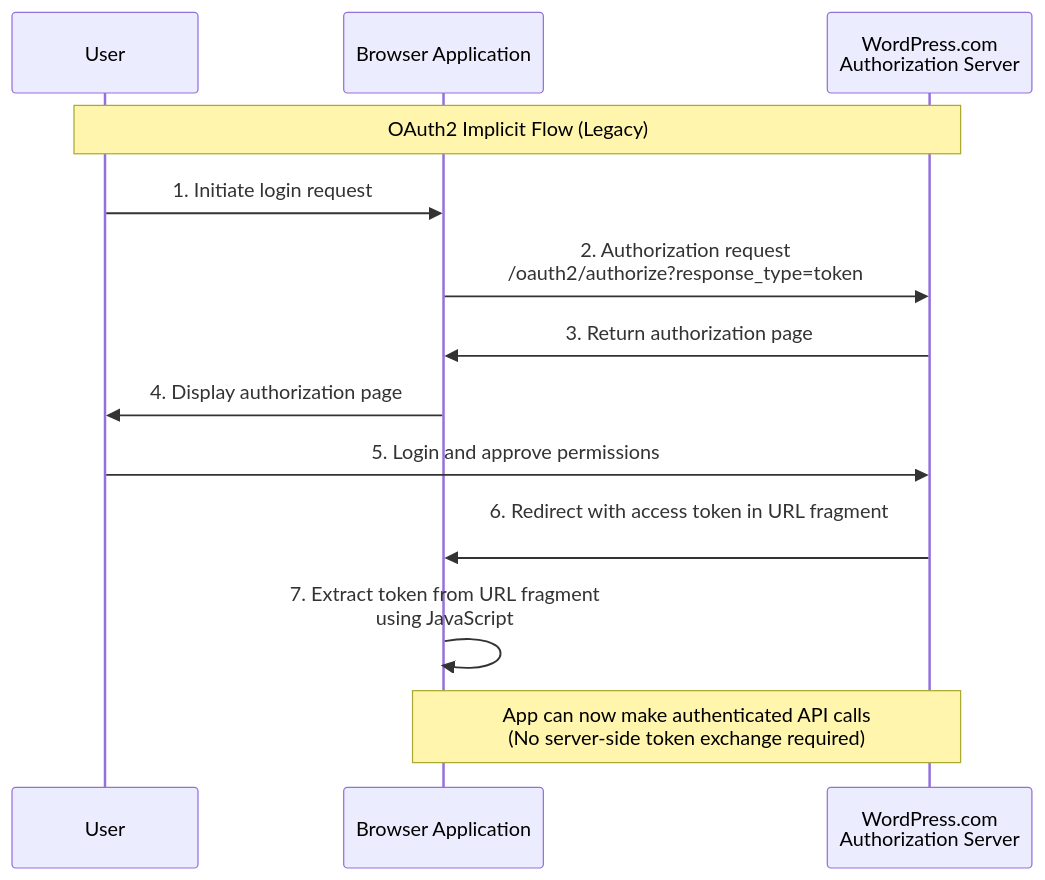
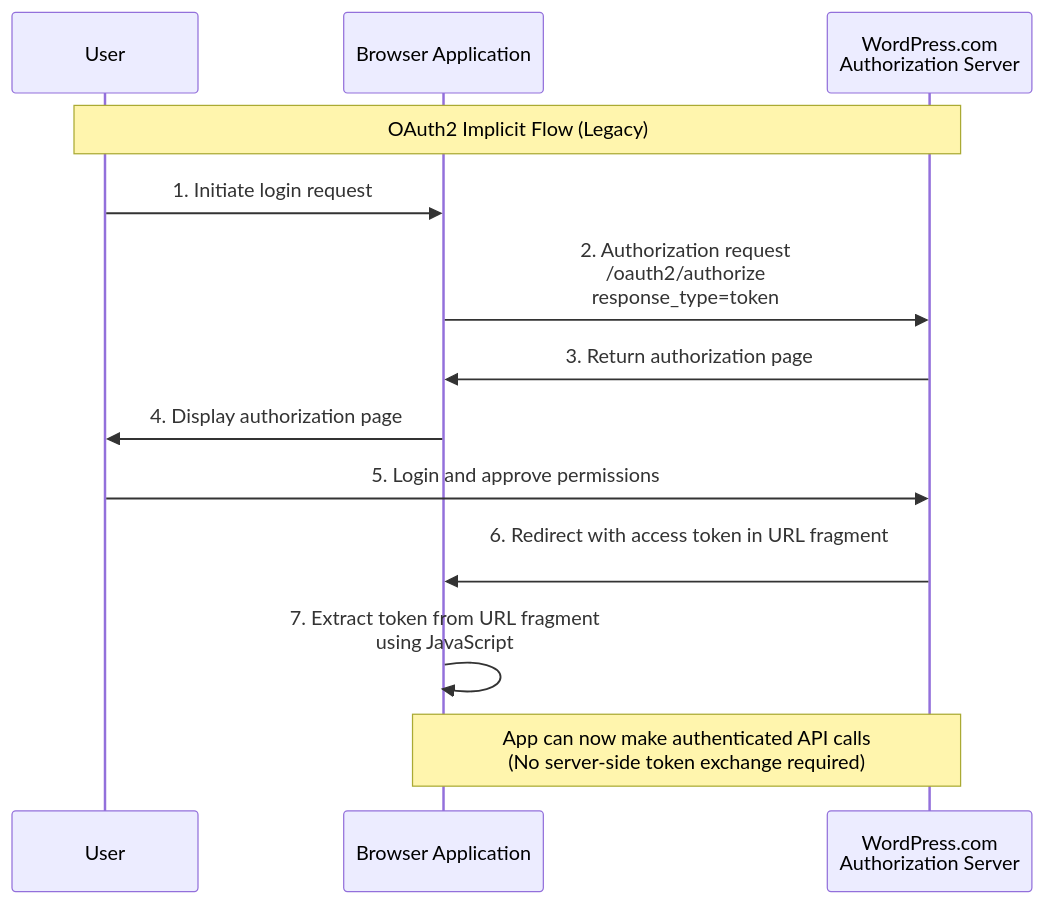
One commit to juanma-wp/wpcom-rest-api-docs changed the second of 3 diagrams in 5-oauth2-authentication.md. Above: the diagram before and after it, drawn with Mermaid. The commit also changed other lines of this file, not shown here.

````diff
--- a/5-oauth2-authentication.md
+++ b/5-oauth2-authentication.md
@@ -242,18 +239,18 @@
 ```mermaid
 sequenceDiagram
     participant User
     participant App as Browser Application
     participant AuthServer as WordPress.com<br/>Authorization Server
 
     Note over User,AuthServer: OAuth2 Implicit Flow (Legacy)
     
     User->>App: 1. Initiate login request
-    App->>AuthServer: 2. Authorization request<br/>/oauth2/authorize?response_type=token
+    App->>AuthServer: 2. Authorization request<br/>/oauth2/authorize<br>response_type=token
     AuthServer->>App: 3. Return authorization page
     App->>User: 4. Display authorization page
     User->>AuthServer: 5. Login and approve permissions
     AuthServer->>App: 6. Redirect with access token in URL fragment<br/>#access_token=TOKEN&token_type=bearer
     App->>App: 7. Extract token from URL fragment<br/>using JavaScript
     
     Note over App,AuthServer: App can now make authenticated API calls<br/>(No server-side token exchange required)
 ```
````
